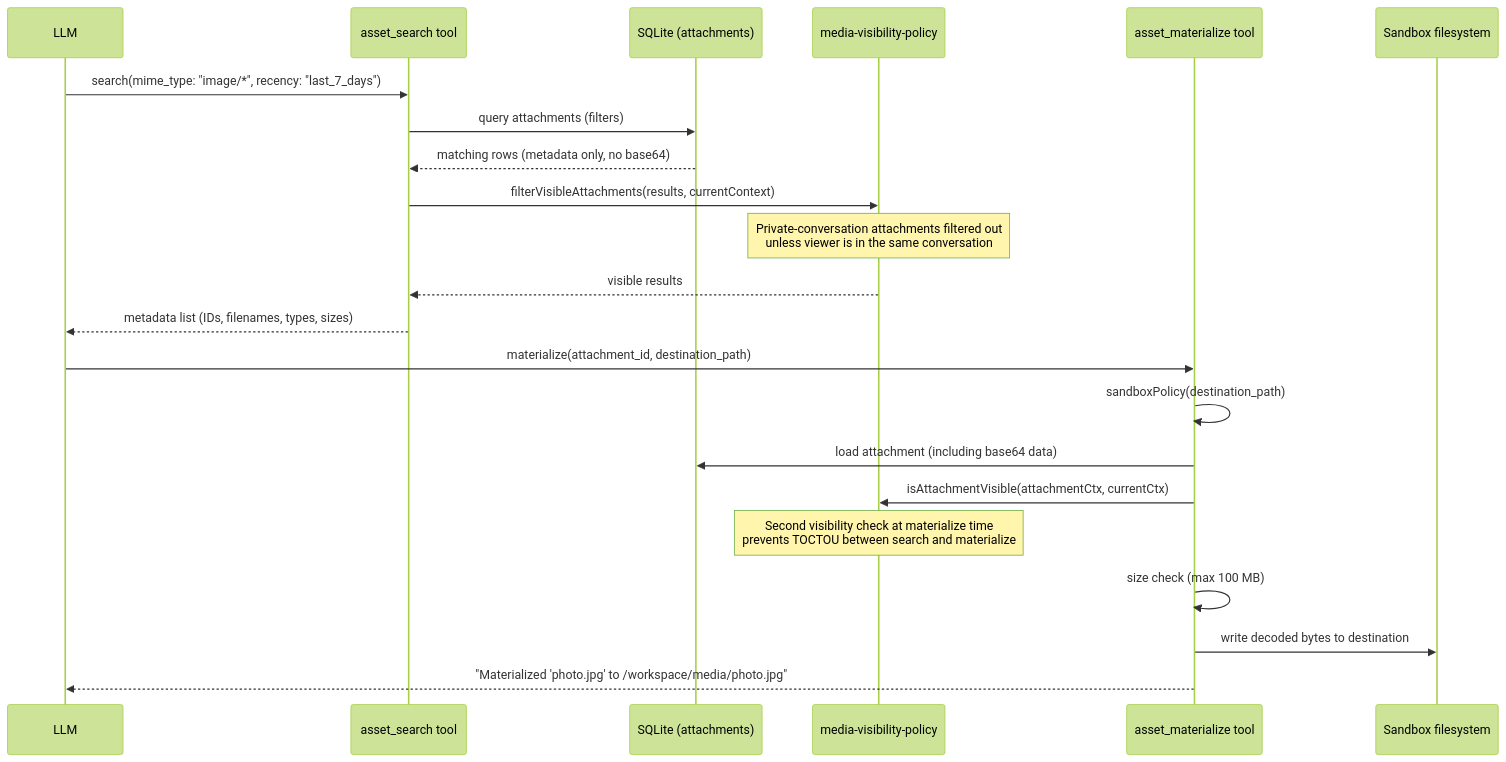
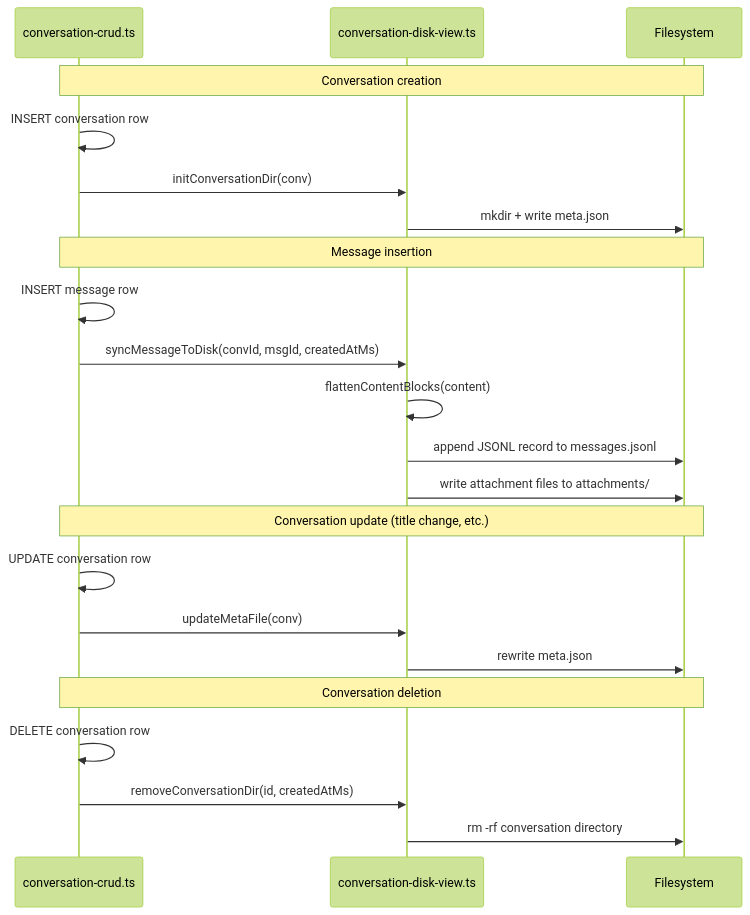
The seventh of 7 diagrams in assistant/docs/architecture/integrations.md (vellum-ai/vellum-assistant), drawn with Mermaid (forest theme) before and after one commit. The commit also changed other lines of this file, not shown here.

Commit message:
docs: update architecture docs to reflect conversation disk view

````diff
--- a/assistant/docs/architecture/integrations.md
+++ b/assistant/docs/architecture/integrations.md
@@ -523,26 +539,28 @@
 ```mermaid
 sequenceDiagram
-    participant Model as LLM
-    participant Search as asset_search tool
-    participant DB as SQLite (attachments)
-    participant Visibility as media-visibility-policy
-    participant Materialize as asset_materialize tool
-    participant Sandbox as Sandbox filesystem
+    participant CRUD as conversation-crud.ts
+    participant DiskView as conversation-disk-view.ts
+    participant FS as Filesystem
 
-    Model->>Search: search(mime_type: "image/*", recency: "last_7_days")
-    Search->>DB: query attachments (filters)
-    DB-->>Search: matching rows (metadata only, no base64)
-    Search->>Visibility: filterVisibleAttachments(results, currentContext)
-    Note over Visibility: Private-conversation attachments filtered out<br/>unless viewer is in the same conversation
-    Visibility-->>Search: visible results
-    Search-->>Model: metadata list (IDs, filenames, types, sizes)
+    Note over CRUD,FS: Conversation creation
+    CRUD->>CRUD: INSERT conversation row
+    CRUD->>DiskView: initConversationDir(conv)
+    DiskView->>FS: mkdir + write meta.json
 
-    Model->>Materialize: materialize(attachment_id, destination_path)
-    Materialize->>Materialize: sandboxPolicy(destination_path)
-    Materialize->>DB: load attachment (including base64 data)
-    Materialize->>Visibility: isAttachmentVisible(attachmentCtx, currentCtx)
-    Note over Visibility: Second visibility check at materialize time<br/>prevents TOCTOU between search and materialize
-    Materialize->>Materialize: size check (max 100 MB)
-    Materialize->>Sandbox: write decoded bytes to destination
-    Materialize-->>Model: "Materialized 'photo.jpg' to /workspace/media/photo.jpg"
+    Note over CRUD,FS: Message insertion
+    CRUD->>CRUD: INSERT message row
+    CRUD->>DiskView: syncMessageToDisk(convId, msgId, createdAtMs)
+    DiskView->>DiskView: flattenContentBlocks(content)
+    DiskView->>FS: append JSONL record to messages.jsonl
+    DiskView->>FS: write attachment files to attachments/
+
+    Note over CRUD,FS: Conversation update (title change, etc.)
+    CRUD->>CRUD: UPDATE conversation row
+    CRUD->>DiskView: updateMetaFile(conv)
+    DiskView->>FS: rewrite meta.json
+
+    Note over CRUD,FS: Conversation deletion
+    CRUD->>CRUD: DELETE conversation row
+    CRUD->>DiskView: removeConversationDir(id, createdAtMs)
+    DiskView->>FS: rm -rf conversation directory
 ```
````
